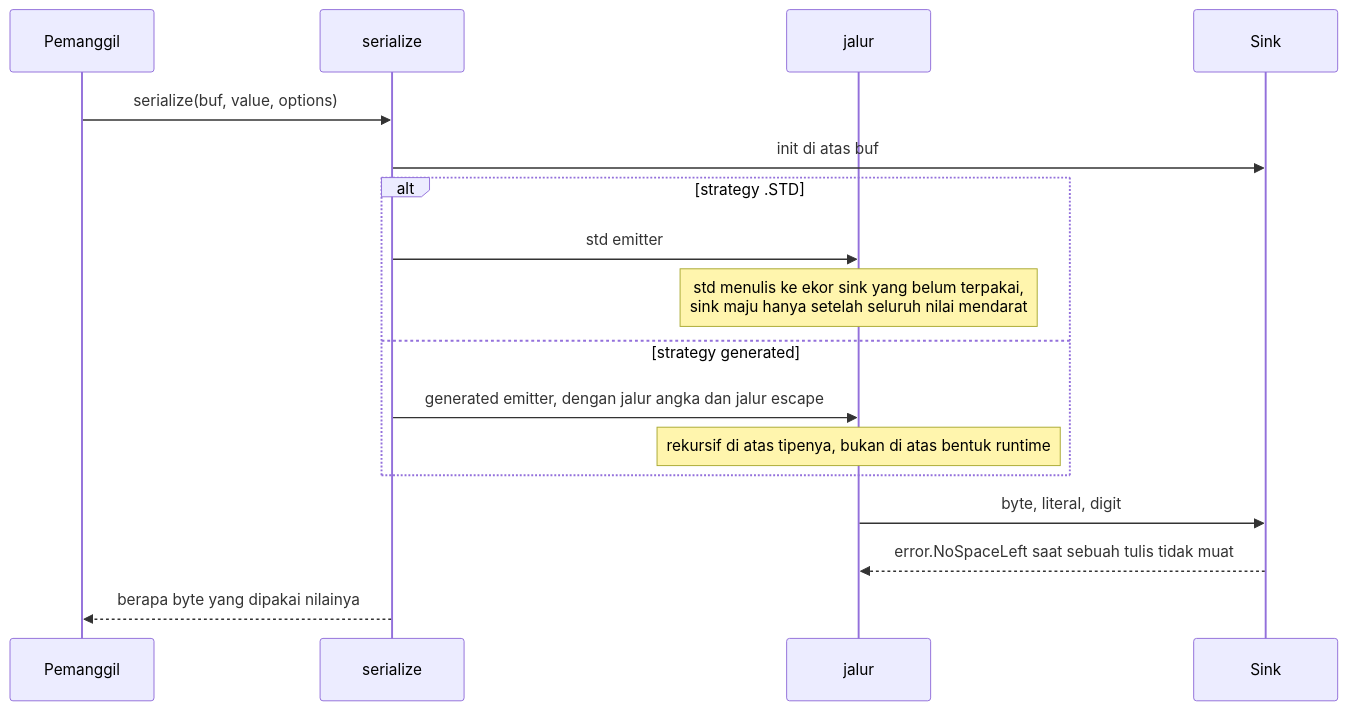
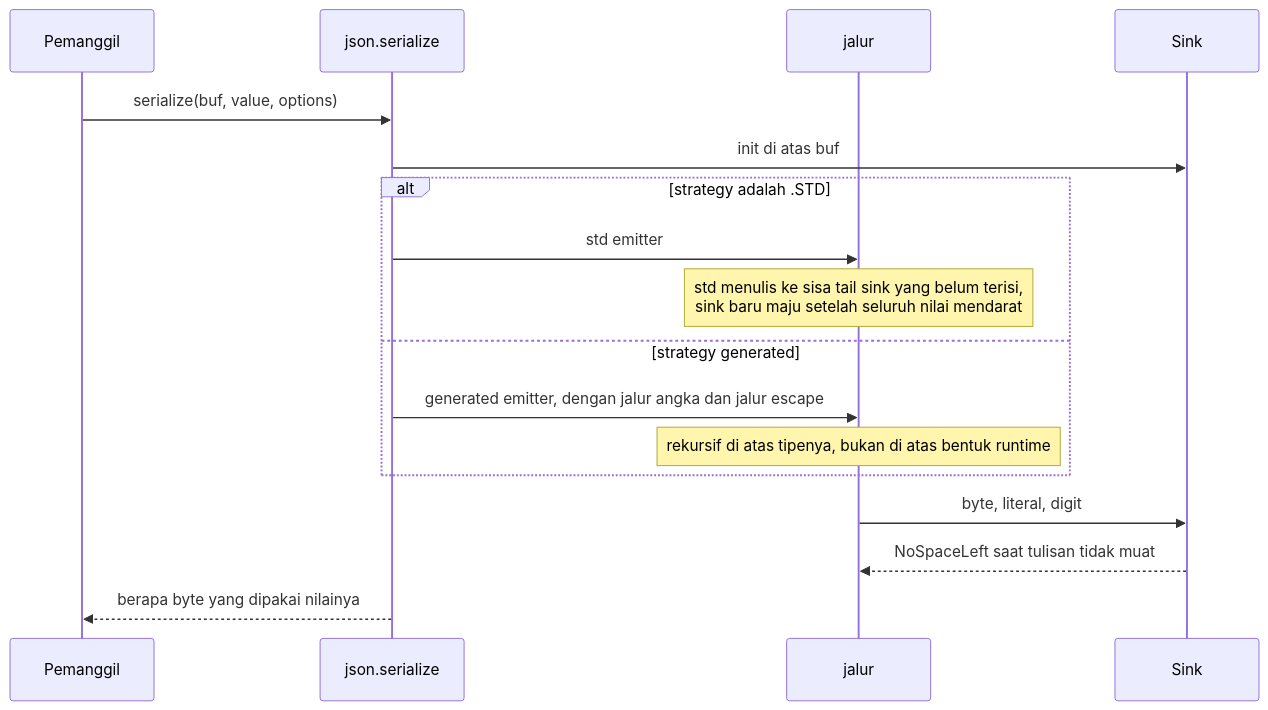
One commit to prothegee/zix changed the second of 4 diagrams in src/jzon/docs/hld-id.md. Above: the diagram before and after it, drawn with Mermaid. The commit also changed other lines of this file, not shown here.

````diff
--- a/src/jzon/docs/hld-id.md
+++ b/src/jzon/docs/hld-id.md
@@ -83,19 +102,19 @@
 ```mermaid
 sequenceDiagram
     participant C as Pemanggil
-    participant S as serialize
+    participant S as json.serialize
     participant P as jalur
     participant K as Sink
     C->>S: serialize(buf, value, options)
     S->>K: init di atas buf
-    alt strategy .STD
+    alt strategy adalah .STD
         S->>P: std emitter
-        Note over P: std menulis ke ekor sink yang belum terpakai,<br/>sink maju hanya setelah seluruh nilai mendarat
+        Note over P: std menulis ke sisa tail sink yang belum terisi,<br/>sink baru maju setelah seluruh nilai mendarat
     else strategy generated
         S->>P: generated emitter, dengan jalur angka dan jalur escape
         Note over P: rekursif di atas tipenya, bukan di atas bentuk runtime
     end
     P->>K: byte, literal, digit
-    K-->>P: error.NoSpaceLeft saat sebuah tulis tidak muat
+    K-->>P: NoSpaceLeft saat tulisan tidak muat
     S-->>C: berapa byte yang dipakai nilainya
 ```
````
